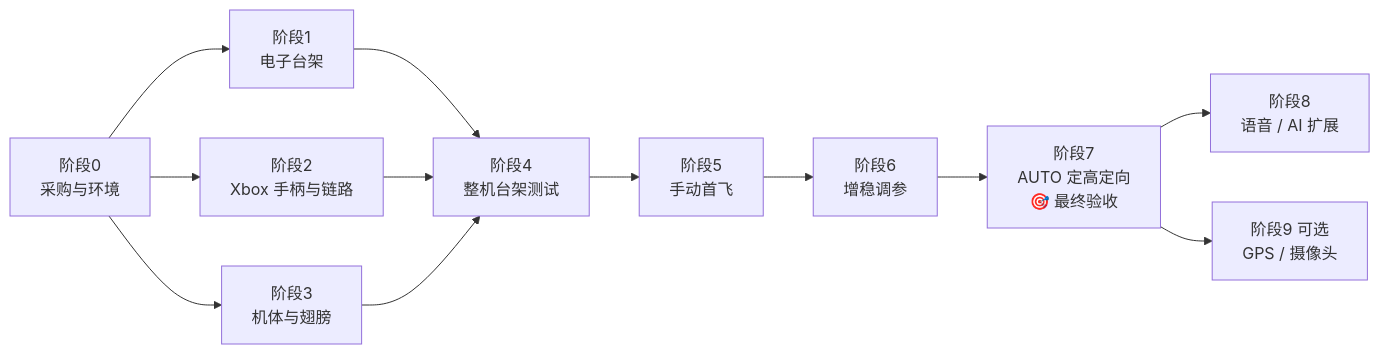
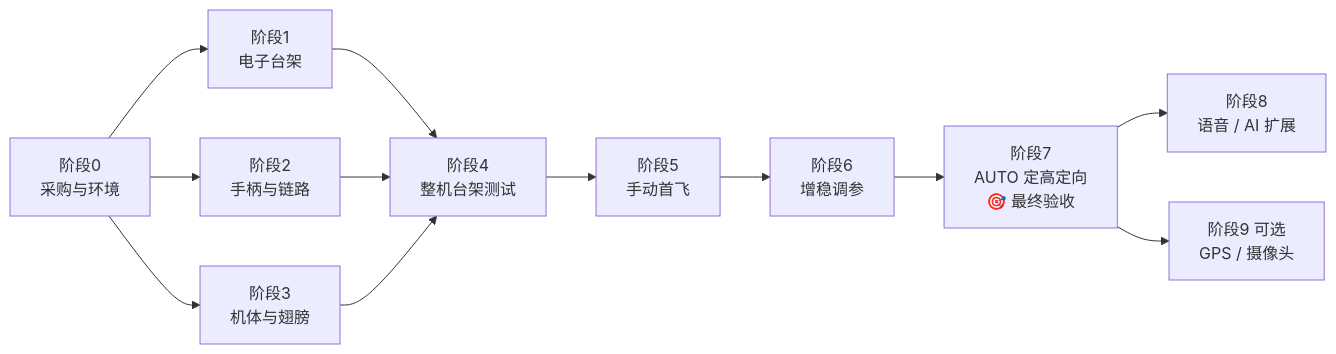
One commit to ouhanjun-wq/ou changed the diagram in docs/build-plan.md. Above: the diagram before and after it, drawn with Mermaid. The commit also changed other lines of this file and 1 other file, not shown here.

````diff
--- a/docs/build-plan.md
+++ b/docs/build-plan.md
@@ -15,14 +15,14 @@
 ```mermaid
 flowchart LR
   P0[阶段0<br/>采购与环境] --> P1[阶段1<br/>电子台架]
-  P0 --> P2[阶段2<br/>Xbox 手柄与链路]
+  P0 --> P2[阶段2<br/>手柄与链路]
   P0 --> P3[阶段3<br/>机体与翅膀]
   P1 --> P4[阶段4<br/>整机台架测试]
   P2 --> P4
   P3 --> P4
   P4 --> P5[阶段5<br/>手动首飞]
   P5 --> P6[阶段6<br/>增稳调参]
   P6 --> P7[阶段7<br/>AUTO 定高定向<br/>🎯 最终验收]
   P7 --> P8[阶段8<br/>语音 / AI 扩展]
   P7 --> P9[阶段9 可选<br/>GPS / 摄像头]
 ```
````
